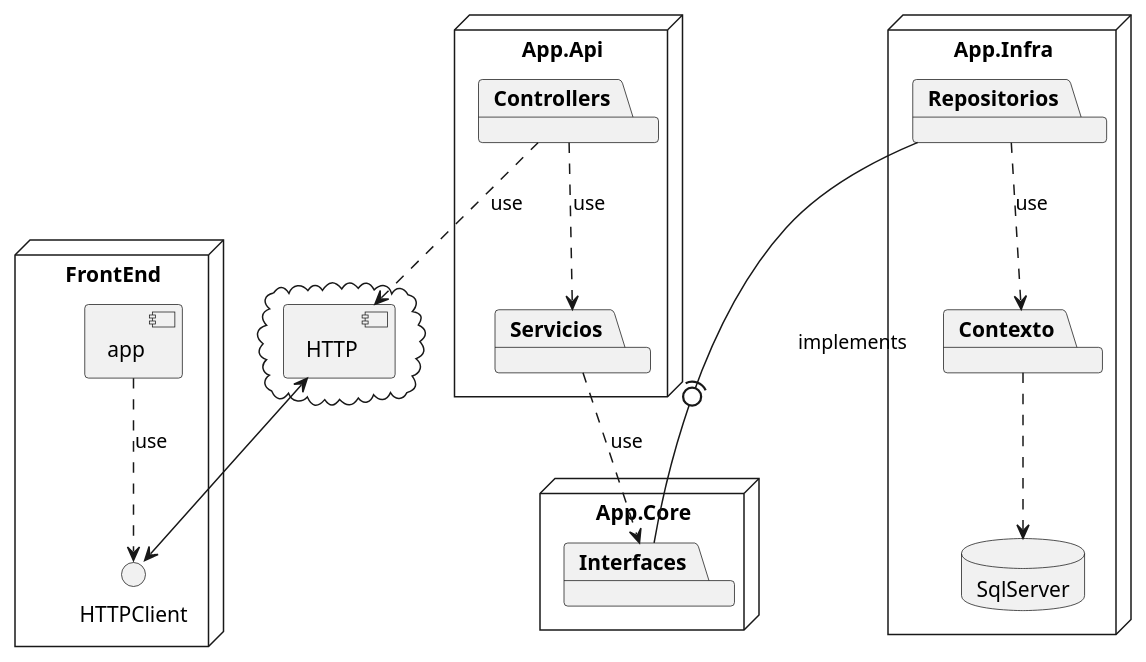
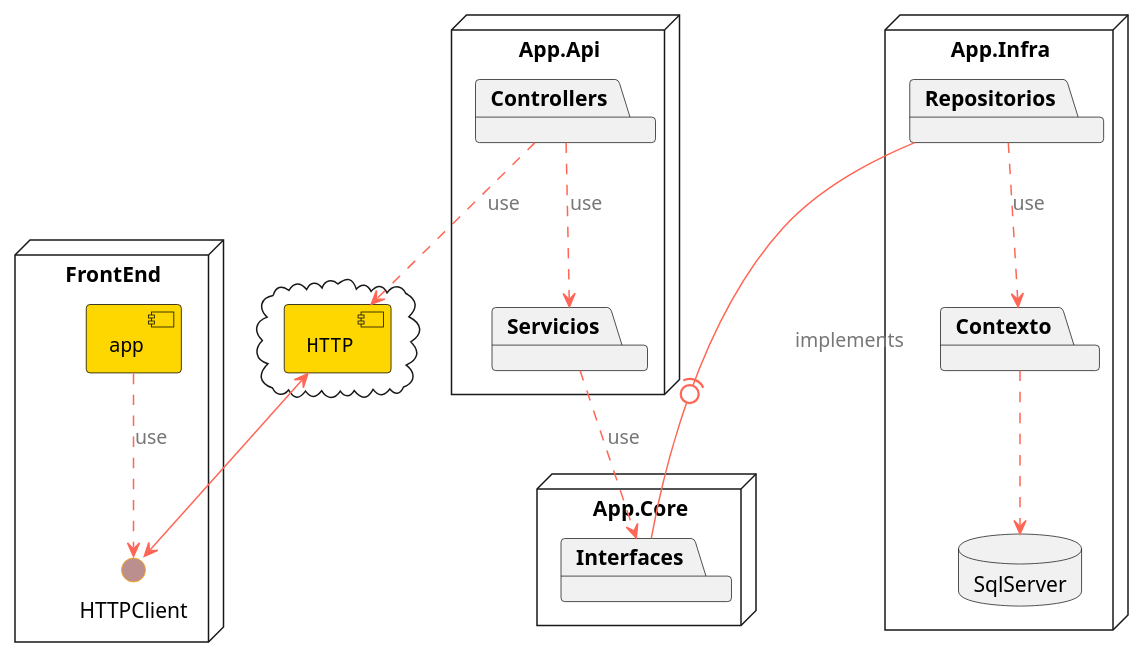
The diagram in Assets/Overview_appdemo.puml (wkrea/BlogPost-appdemo), drawn with PlantUML before and after one commit.

Commit message:
Repair bug Overview diagram

```diff
--- a/Assets/Overview_appdemo.puml
+++ b/Assets/Overview_appdemo.puml
@@ -1,40 +1,57 @@
 @startuml
+
+skinparam interface {
+  backgroundColor RosyBrown
+  borderColor orange
+}
+
+skinparam component {
+  FontSize 13
+  BackgroundColor<<Apache>> Red
+  BorderColor<<Apache>> #FF6655
+  FontName Courier
+  BorderColor black
+  BackgroundColor gold
+  ArrowFontName Impact
+  ArrowColor #FF6655
+  ArrowFontColor #777777
+}
 
 node "FrontEnd" {
   [app] ..> () HTTPClient : use
 }
 
 cloud {
   [HTTP] <--> HTTPClient
 }
 
 node "App.Api" {
   package "Controllers"{
   }
   Controllers ..> Servicios : use
   Controllers ..> HTTP : use
 }
 
 node "App.Core" {
   package "Interfaces"{
   }
   package "Servicios"{
   }
   Servicios ..> Interfaces : use
 }
 
 node "App.Infra" {
   package "Repositorios"{
   }
   package "Contexto"{
   }
 
   Repositorios --(0- Interfaces : implements
   Repositorios ..> Contexto : use
   Contexto ..> SqlServer
 }
 
 database "SqlServer" {
 }
 
 @enduml
```
